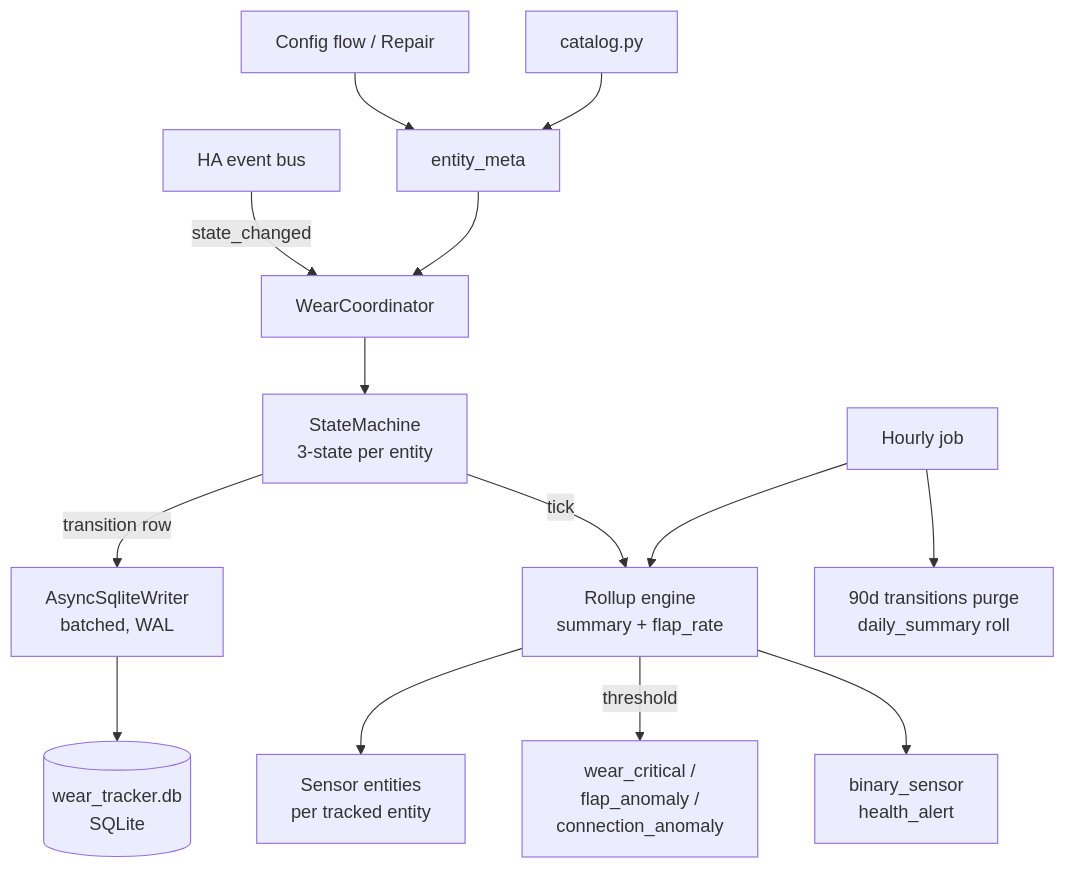
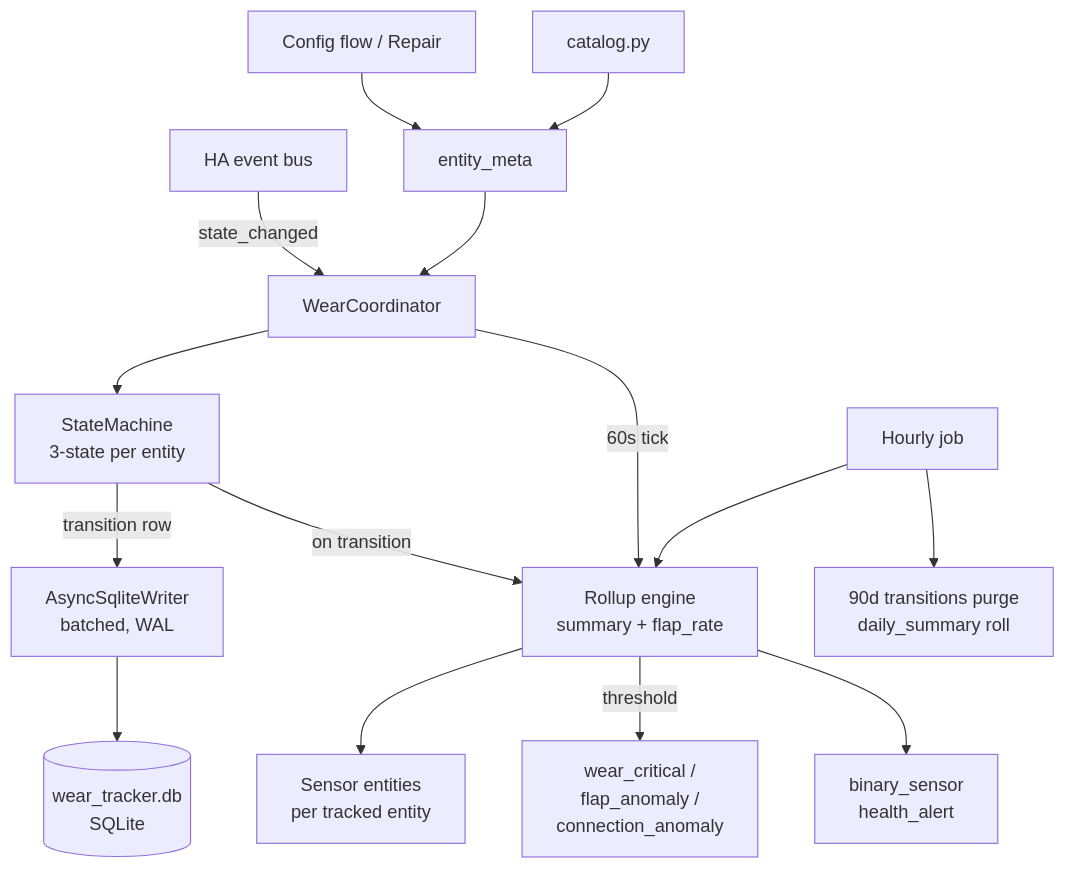
The diagram in DESIGN.md (sfallows/hass-wear-tracker), drawn with Mermaid before and after one commit. The commit also changed other lines of this file and 38 other files, not shown here.

````diff
--- a/DESIGN.md
+++ b/DESIGN.md
@@ -11,16 +11,17 @@
 ```mermaid
 flowchart TD
     HA[HA event bus] -->|state_changed| Coord[WearCoordinator]
     Coord --> SM[StateMachine<br/>3-state per entity]
     SM -->|transition row| Writer[AsyncSqliteWriter<br/>batched, WAL]
     Writer --> DB[(wear_tracker.db<br/>SQLite)]
-    SM -->|tick| Roll[Rollup engine<br/>summary + flap_rate]
+    SM -->|on transition| Roll[Rollup engine<br/>summary + flap_rate]
+    Coord -->|60s tick| Roll
     Roll --> Sensors[Sensor entities<br/>per tracked entity]
     Roll -->|threshold| Events[wear_critical /<br/>flap_anomaly /<br/>connection_anomaly]
     Roll --> HealthBS[binary_sensor<br/>health_alert]
     Cron[Hourly job] --> Roll
     Cron --> Retention[90d transitions purge<br/>daily_summary roll]
     UI[Config flow / Repair] --> Registry[entity_meta]
     Registry --> Coord
     Catalog[catalog.py] --> Registry
 ```
````
